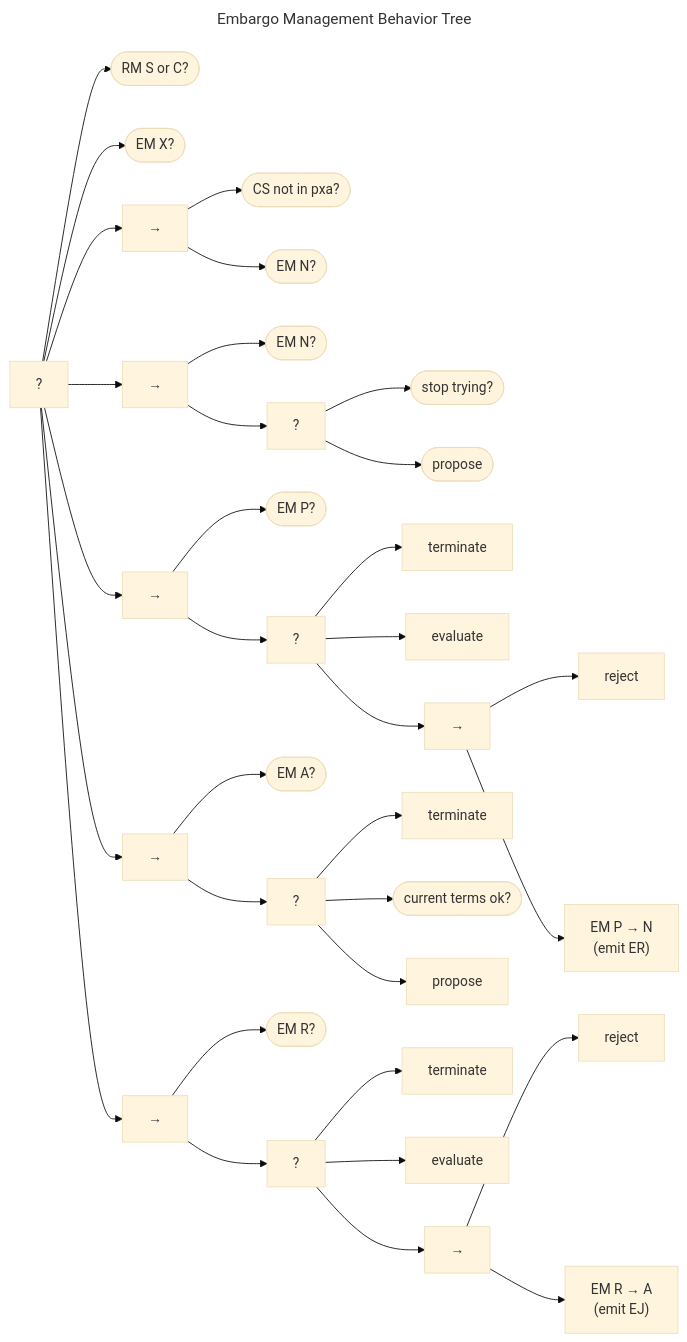
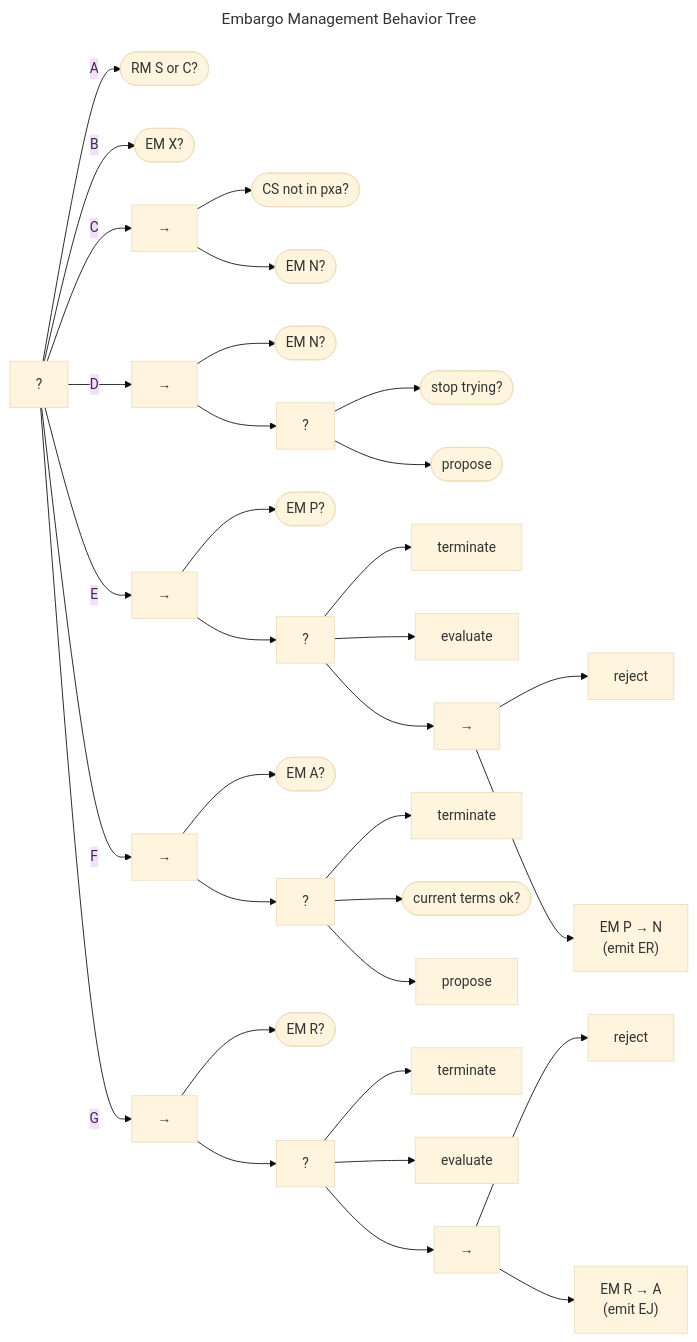
One commit to CERTCC/Vultron changed the diagram in docs/topics/behavior_logic/em_bt.md. Above: the diagram before and after it, drawn with Mermaid (base theme). The commit also changed other lines of this file and 21 other files, not shown here.

````diff
--- a/docs/topics/behavior_logic/em_bt.md
+++ b/docs/topics/behavior_logic/em_bt.md
@@ -13,71 +13,71 @@
 ```mermaid
 ---
 title: Embargo Management Behavior Tree
 ---
 flowchart LR
     fb[?]
     rm_s_or_c(["RM S or C?"])
-    fb --> rm_s_or_c
+    fb -->|A| rm_s_or_c
     em_x(["EM X?"])
-    fb --> em_x
+    fb -->|B| em_x
     seq1["&rarr;"]
-    fb --> seq1
+    fb -->|C| seq1
     cs_not_pxa(["CS not in pxa?"])
     seq1 --> cs_not_pxa
     em_none(["EM N?"])
     seq1 --> em_none
     n_seq["&rarr;"]
-    fb --> n_seq
+    fb -->|D| n_seq
     n_em_none(["EM N?"])
     n_seq --> n_em_none
     n_fb[?]
     n_seq --> n_fb
     n_stop_trying(["stop trying?"])
     n_fb --> n_stop_trying
     n_propose(["propose"])
     n_fb --> n_propose
     p_seq["&rarr;"]
-    fb --> p_seq
+    fb -->|E| p_seq
     p_em_prop(["EM P?"])
     p_seq --> p_em_prop
     p_fb[?]
     p_seq --> p_fb
     p_terminate["terminate"]
     p_fb --> p_terminate
     p_jump["evaluate"]
     p_fb --> p_jump
     p_fb_seq["&rarr;"]
     p_fb --> p_fb_seq
     p_reject["reject"]
     p_fb_seq --> p_reject
     p_em_to_n["EM P &rarr; N<br/>(emit ER)"]
     p_fb_seq --> p_em_to_n
     a_seq["&rarr;"]
-    fb --> a_seq
+    fb -->|F| a_seq
     a_em_a(["EM A?"])
     a_seq --> a_em_a
     a_fb[?]
     a_seq --> a_fb
     a_terminate["terminate"]
     a_fb --> a_terminate
     a_current_terms(["current terms ok?"])
     a_fb --> a_current_terms
     a_propose["propose"]
     a_fb --> a_propose
     r_seq["&rarr;"]
-    fb --> r_seq
+    fb -->|G| r_seq
     r_em_r(["EM R?"])
     r_seq --> r_em_r
     r_fb[?]
     r_seq --> r_fb
     r_terminate["terminate"]
     r_fb --> r_terminate
     r_jump["evaluate"]
     r_fb --> r_jump
     r_fb_seq["&rarr;"]
     r_fb --> r_fb_seq
     r_reject["reject"]
     r_fb_seq --> r_reject
     r_em_to_a["EM R &rarr; A<br/>(emit EJ)"]
     r_fb_seq --> r_em_to_a
 ```
````
